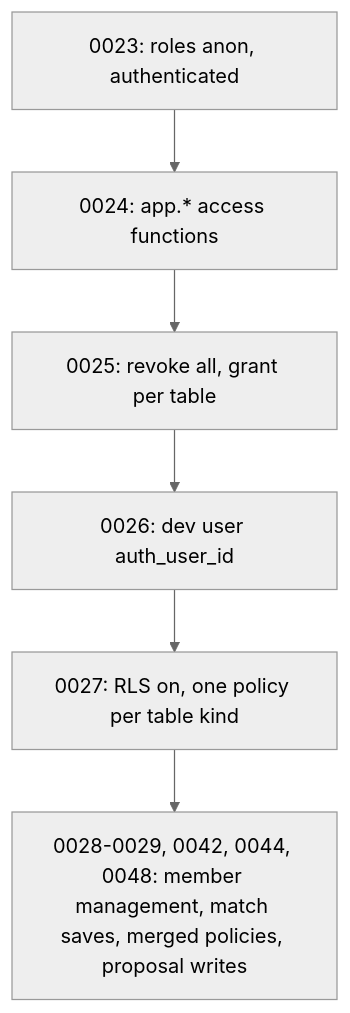
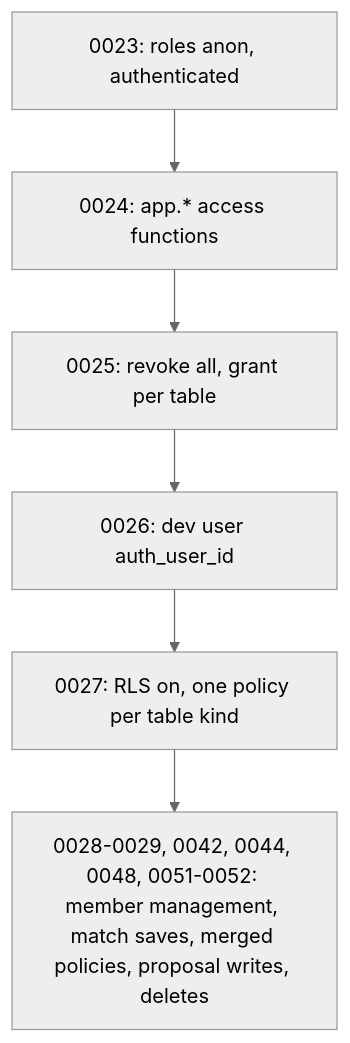
One commit to project-tech4dev/sangam changed the second of 2 diagrams in openwiki/architecture/auth-roles-rls.md. Above: the diagram before and after it, drawn with Mermaid (neutral theme). The commit also changed other lines of this file and 43 other files, not shown here.

````diff
--- a/openwiki/architecture/auth-roles-rls.md
+++ b/openwiki/architecture/auth-roles-rls.md
@@ -251,8 +267,8 @@
 ```mermaid
 flowchart TD
     A["0023: roles anon, authenticated"] --> B["0024: app.* access functions"]
     B --> C["0025: revoke all, grant per table"]
     C --> D["0026: dev user auth_user_id"]
     D --> E["0027: RLS on, one policy per table kind"]
-    E --> F["0028-0029, 0042, 0044, 0048: member management, match saves, merged policies, proposal writes"]
+    E --> F["0028-0029, 0042, 0044, 0048, 0051-0052: member management, match saves, merged policies, proposal writes, deletes"]
 ```
````
